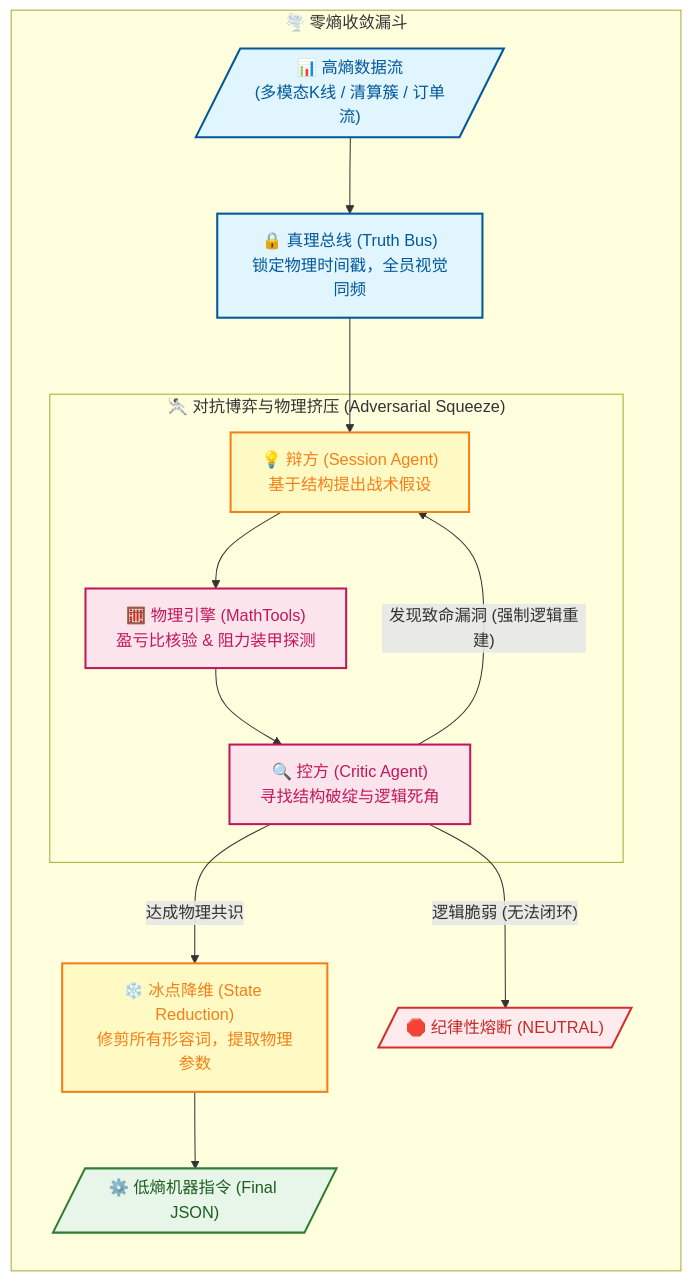
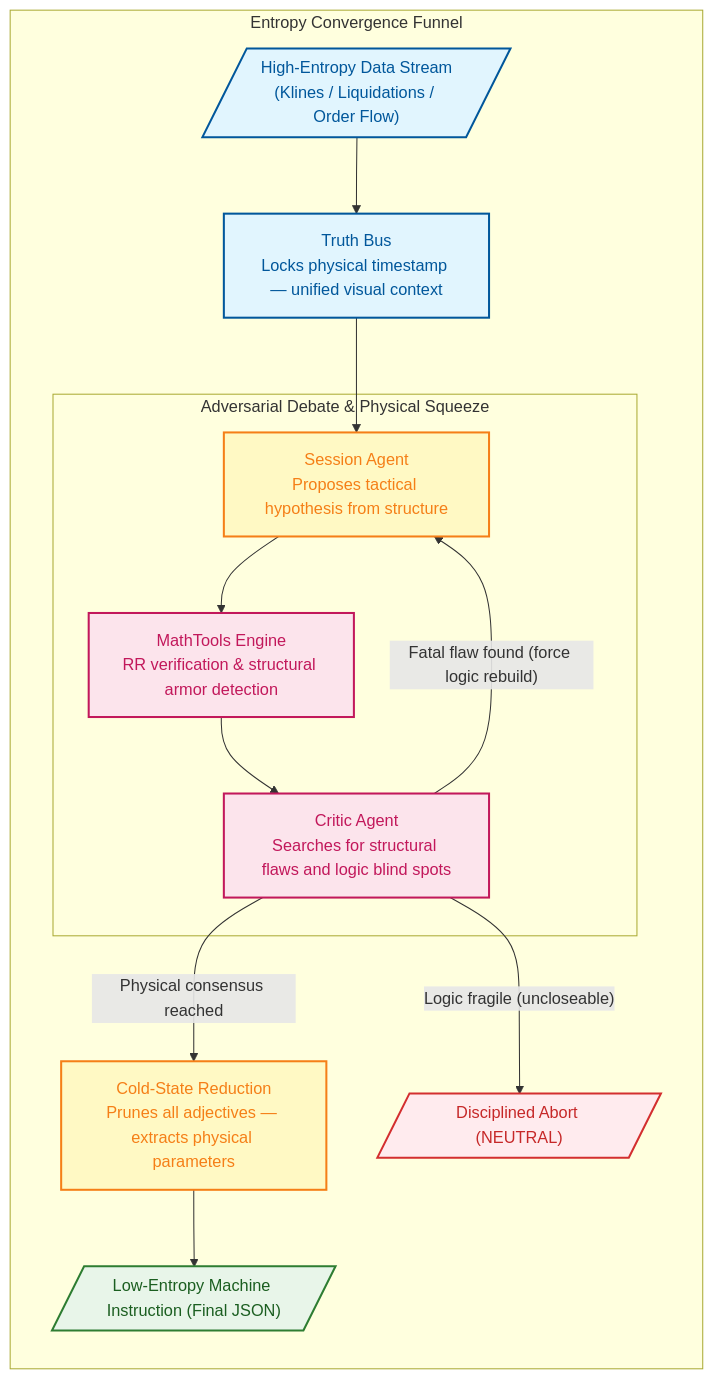
The diagram in README.md (jiangyang5157/binary-star), drawn with Mermaid before and after one commit. The commit also changed other lines of this file and 24 other files, not shown here.

````diff
--- a/README.md
+++ b/README.md
@@ -18,36 +50,33 @@
 ```mermaid
 graph TD
     classDef input fill:#e1f5fe,stroke:#01579b,stroke-width:2px,color:#01579b
     classDef process fill:#fff9c4,stroke:#f57f17,stroke-width:2px,color:#f57f17
     classDef strict fill:#fce4ec,stroke:#c2185b,stroke-width:2px,color:#c2185b
     classDef exec fill:#e8f5e9,stroke:#2e7d32,stroke-width:2px,color:#1b5e20
     classDef halt fill:#ffebee,stroke:#d32f2f,stroke-width:2px,color:#c62828
 
-    subgraph 熵减漏斗 ["🌪️ 零熵收敛漏斗"]
+    subgraph EntropyFunnel ["Entropy Convergence Funnel"]
         direction TB
         
-        %% 阶段 1: 事实锚定
-        Inputs[/"📊 高熵数据流<br>(多模态K线 / 清算簇 / 订单流)"/]:::input
-        TruthBus["🔒 真理总线 (Truth Bus)<br>锁定物理时间戳，全员视觉同频"]:::input
+        Inputs[/"High-Entropy Data Stream<br>(Klines / Liquidations / Order Flow)"/]:::input
+        TruthBus["Truth Bus<br>Locks physical timestamp — unified visual context"]:::input
         
-        %% 阶段 2: 逻辑挤压
-        subgraph 博弈循环 ["🤺 对抗博弈与物理挤压 (Adversarial Squeeze)"]
-            Thesis["💡 辩方 (Session Agent)<br>基于结构提出战术假设"]:::process
-            Physics["🧮 物理引擎 (MathTools)<br>盈亏比核验 & 阻力装甲探测"]:::strict
-            Critic["🔍 控方 (Critic Agent)<br>寻找结构破绽与逻辑死角"]:::strict
+        subgraph DebateCycle ["Adversarial Debate & Physical Squeeze"]
+            Thesis["Session Agent<br>Proposes tactical hypothesis from structure"]:::process
+            Physics["MathTools Engine<br>RR verification & structural armor detection"]:::strict
+            Critic["Critic Agent<br>Searches for structural flaws and logic blind spots"]:::strict
             
             Thesis --> Physics --> Critic
-            Critic -- "发现致命漏洞 (强制逻辑重建)" --> Thesis
+            Critic -- "Fatal flaw found (force logic rebuild)" --> Thesis
         end
         
-        %% 阶段 3: 降维提纯
-        Synthesis["❄️ 冰点降维 (State Reduction)<br>修剪所有形容词，提取物理参数"]:::process
-        Output[/"⚙️ 低熵机器指令 (Final JSON)"/]:::exec
-        Halt[/"🛑 纪律性熔断 (NEUTRAL)"/]:::halt
+        Synthesis["Cold-State Reduction<br>Prunes all adjectives — extracts physical parameters"]:::process
+        Output[/"Low-Entropy Machine Instruction (Final JSON)"/]:::exec
+        Halt[/"Disciplined Abort (NEUTRAL)"/]:::halt
         
         Inputs --> TruthBus --> Thesis
-        Critic -- "达成物理共识" --> Synthesis
-        Critic -- "逻辑脆弱 (无法闭环)" --> Halt
+        Critic -- "Physical consensus reached" --> Synthesis
+        Critic -- "Logic fragile (uncloseable)" --> Halt
         Synthesis --> Output
     end
 ```
````
